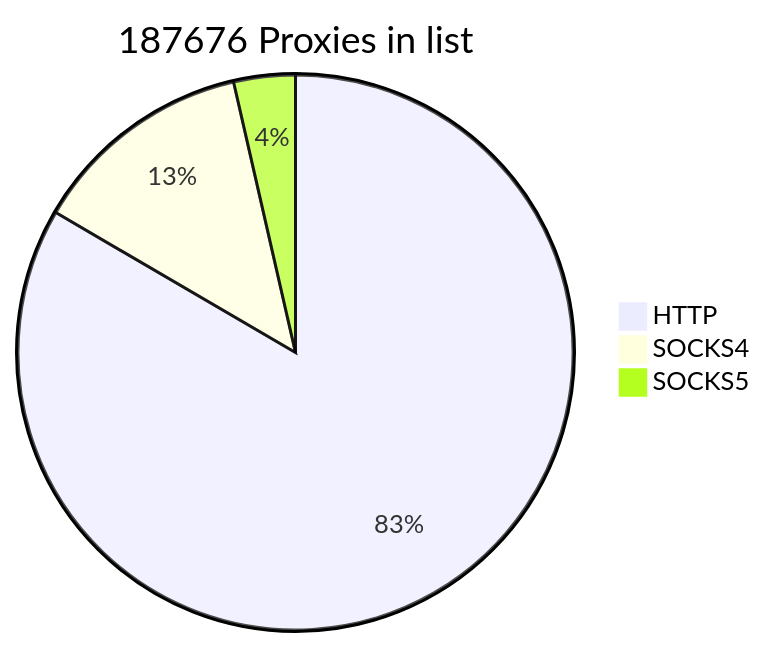
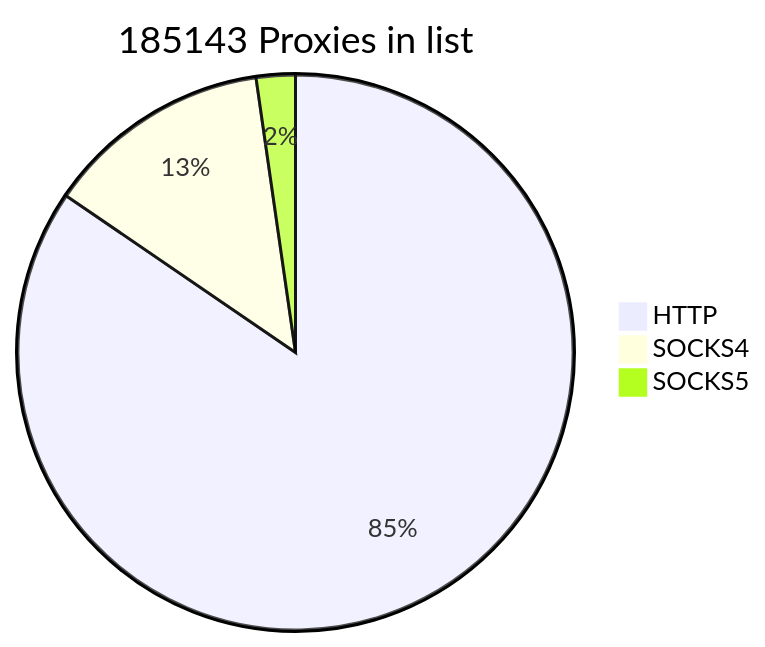
One commit to cutipu/proxylist changed the first of 2 diagrams in README.md. Above: the diagram before and after it, drawn with Mermaid. The commit also changed other lines of this file, not shown here.

````diff
--- a/README.md
+++ b/README.md
@@ -2,7 +2,7 @@
 ```mermaid
-pie title 187676 Proxies in list
-    "HTTP" : 156549
-    "SOCKS4" : 24406
-    "SOCKS5" : 6721
+pie title 185143 Proxies in list
+    "HTTP" : 156526
+    "SOCKS4" : 24409
+    "SOCKS5" : 4208
             
 ```
````
